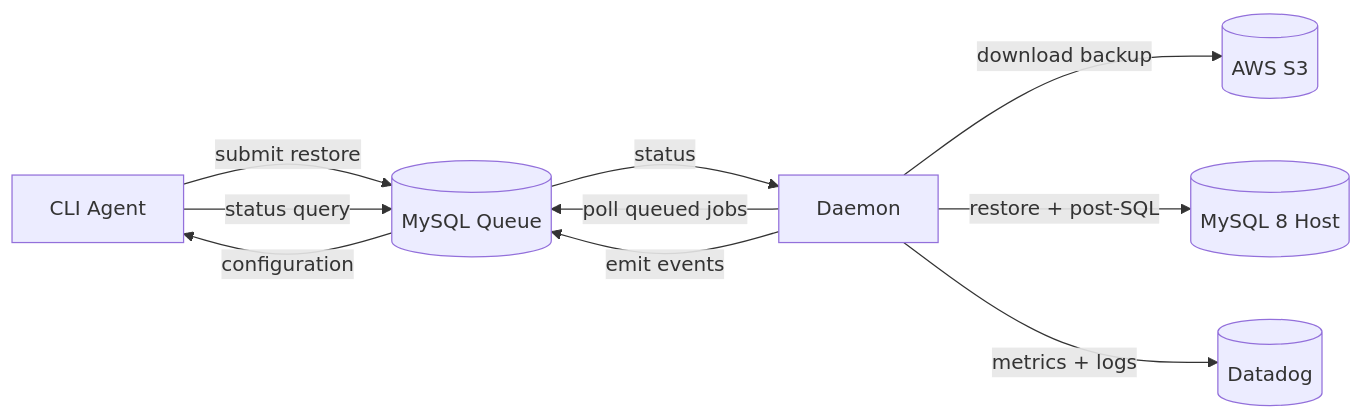
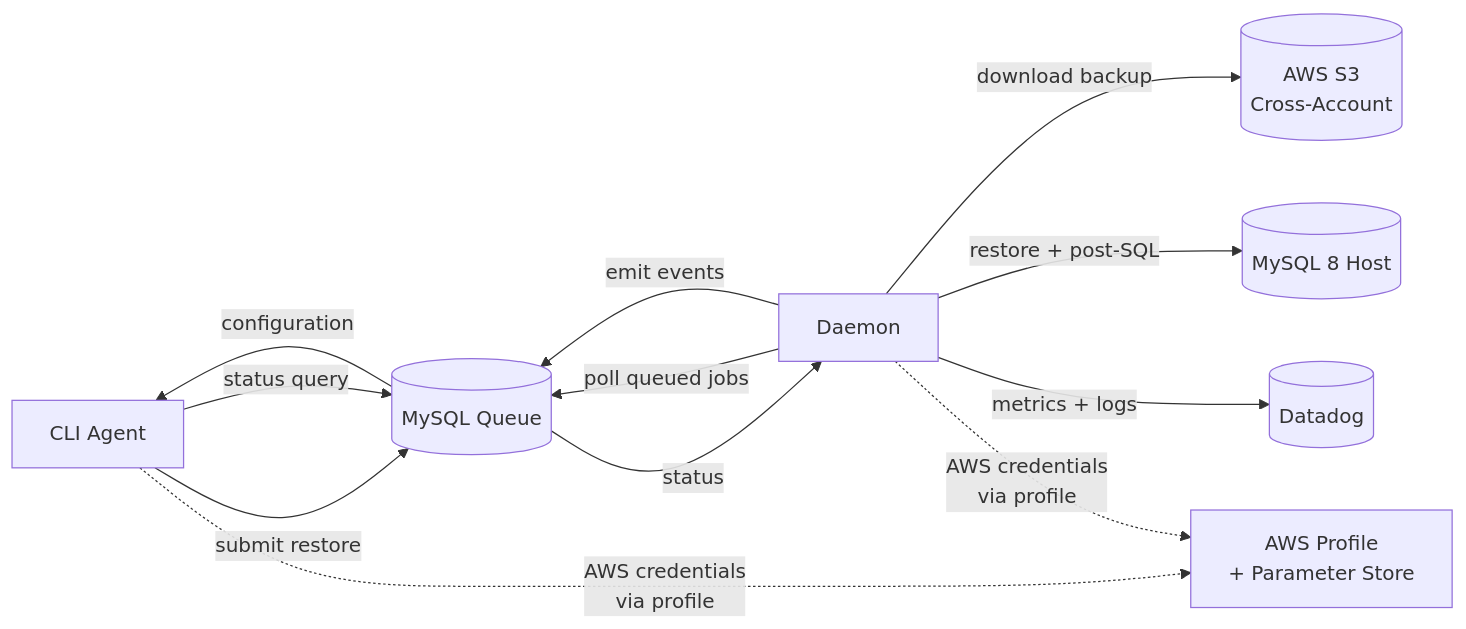
Before and after one commit to CharlesHandshy/pullDB: the diagram in design/diagrams/system-overview.mmd, drawn with Mermaid. The commit also changed 31 other files, not shown here.

```diff
--- a/design/diagrams/system-overview.mmd
+++ b/design/diagrams/system-overview.mmd
@@ -1,11 +1,13 @@
 %% Mermaid flowchart describing the prototype topology
 flowchart LR
   CLI["CLI Agent"] -->|submit restore| MySQLQueue[(MySQL Queue)]
   CLI -->|status query| MySQLQueue
   Daemon["Daemon"] -->|poll queued jobs| MySQLQueue
-  Daemon -->|download backup| S3[(AWS S3)]
+  Daemon -->|download backup| S3[(AWS S3<br/>Cross-Account)]
   Daemon -->|restore + post-SQL| MySQLTarget[(MySQL 8 Host)]
   Daemon -->|emit events| MySQLQueue
   Daemon -->|metrics + logs| Observability[(Datadog)]
   MySQLQueue -->|configuration| CLI
   MySQLQueue -->|status| Daemon
+  CLI -.->|AWS credentials<br/>via profile| AWSProfile[AWS Profile<br/>+ Parameter Store]
+  Daemon -.->|AWS credentials<br/>via profile| AWSProfile
```
